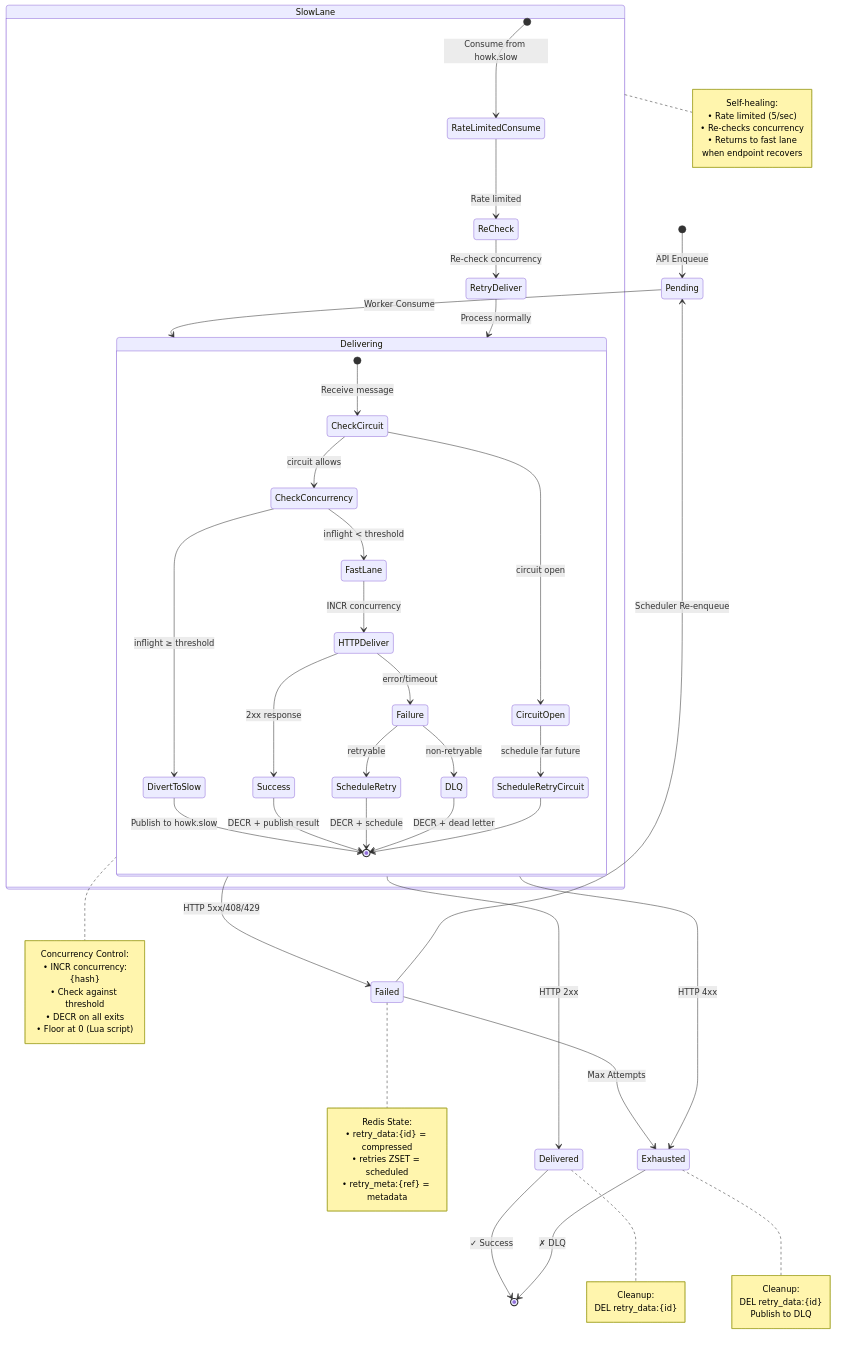
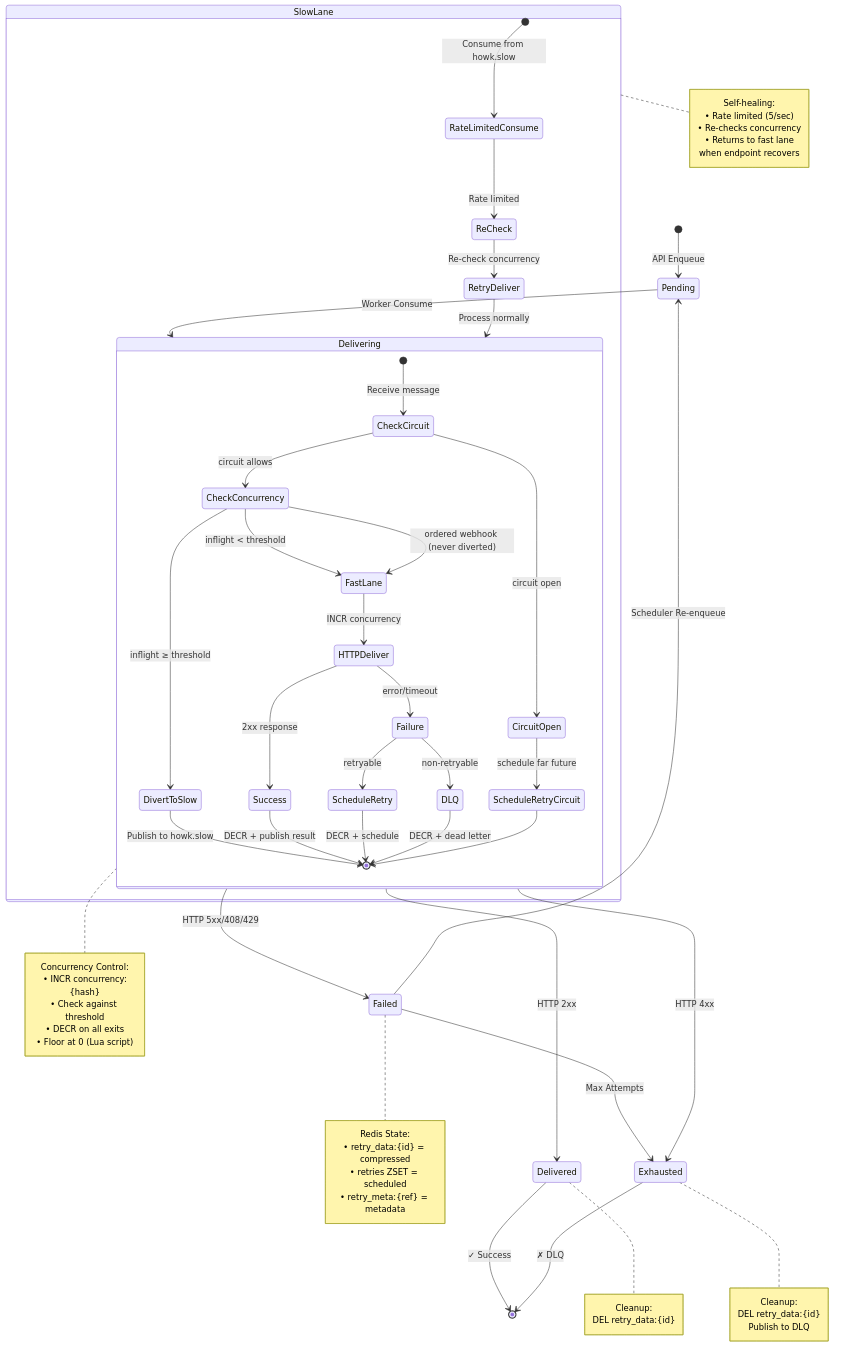
One commit to renatocron/howk changed the fourth of 4 diagrams in docs/ARCHITECTURE.md. Above: the diagram before and after it, drawn with Mermaid. The commit also changed other lines of this file and 9 other files, not shown here.

First line of the commit message:
feat(worker): add ordered flag to keep webhooks off the slow lane

````diff
--- a/docs/ARCHITECTURE.md
+++ b/docs/ARCHITECTURE.md
@@ -217,81 +217,82 @@
 ```mermaid
 stateDiagram-v2
     [*] --> Pending: API Enqueue
 
     Pending --> Delivering: Worker Consume
 
     state Delivering {
         [*] --> CheckCircuit: Receive message
         CheckCircuit --> CircuitOpen: circuit open
         CheckCircuit --> CheckConcurrency: circuit allows
 
         CheckConcurrency --> FastLane: inflight < threshold
         CheckConcurrency --> DivertToSlow: inflight ≥ threshold
+        CheckConcurrency --> FastLane: ordered webhook (never diverted)
 
         FastLane --> HTTPDeliver: INCR concurrency
         DivertToSlow --> [*]: Publish to howk.slow
 
         HTTPDeliver --> Success: 2xx response
         HTTPDeliver --> Failure: error/timeout
 
         Success --> [*]: DECR + publish result
         Failure --> ScheduleRetry: retryable
         Failure --> DLQ: non-retryable
         ScheduleRetry --> [*]: DECR + schedule
         DLQ --> [*]: DECR + dead letter
 
         CircuitOpen --> ScheduleRetryCircuit: schedule far future
         ScheduleRetryCircuit --> [*]
     }
 
     state SlowLane {
         [*] --> RateLimitedConsume: Consume from howk.slow
         RateLimitedConsume --> ReCheck: Rate limited
         ReCheck --> RetryDeliver: Re-check concurrency
         RetryDeliver --> Delivering: Process normally
     }
 
     Delivering --> Delivered: HTTP 2xx
     Delivering --> Failed: HTTP 5xx/408/429
     Delivering --> Exhausted: HTTP 4xx
 
     Failed --> Pending: Scheduler Re-enqueue
     Failed --> Exhausted: Max Attempts
 
     Delivered --> [*]: ✓ Success
     Exhausted --> [*]: ✗ DLQ
 
     note right of Delivering
         Concurrency Control:
         • INCR concurrency:{hash}
         • Check against threshold
         • DECR on all exits
         • Floor at 0 (Lua script)
     end note
 
     note right of SlowLane
         Self-healing:
         • Rate limited (5/sec)
         • Re-checks concurrency
         • Returns to fast lane
           when endpoint recovers
     end note
 
     note right of Failed
         Redis State:
         • retry_data:{id} = compressed
         • retries ZSET = scheduled
         • retry_meta:{ref} = metadata
     end note
 
     note right of Delivered
         Cleanup:
         DEL retry_data:{id}
     end note
 
     note right of Exhausted
         Cleanup:
         DEL retry_data:{id}
         Publish to DLQ
     end note
 ```
````
